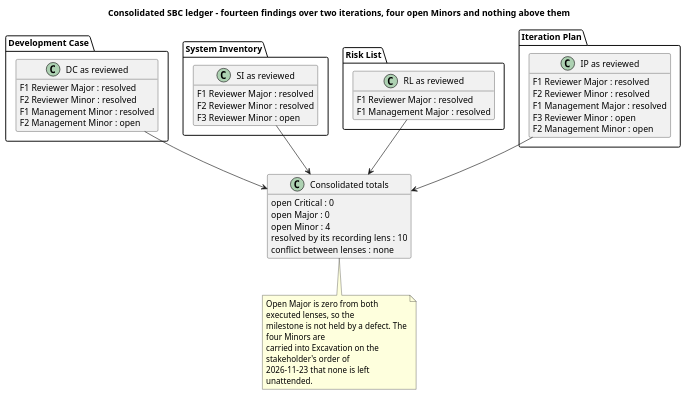
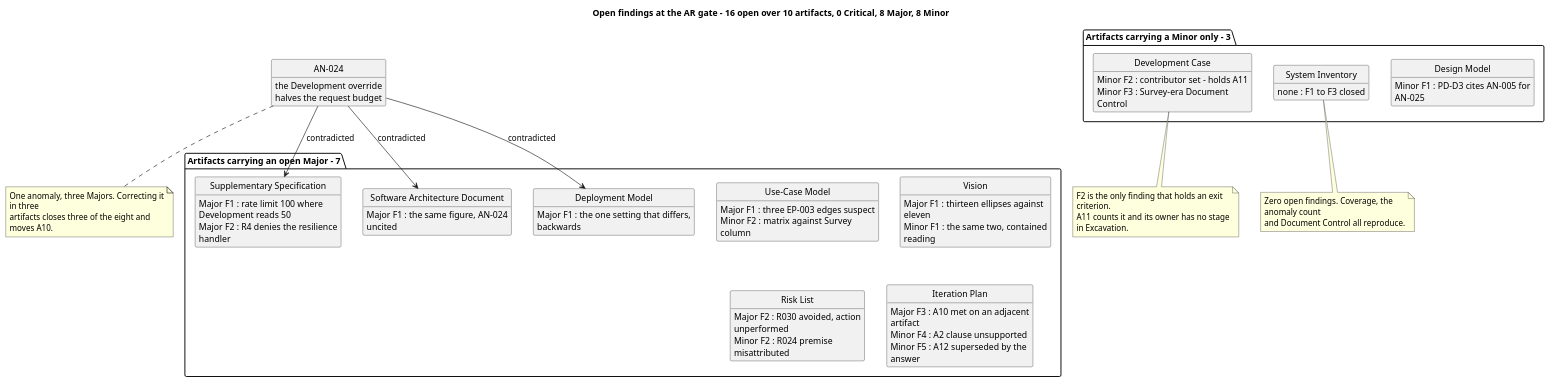
The eighth of 12 diagrams in docs/artifacts/project-management/review-record.md (banense-test/TodoApp), drawn with PlantUML before and after one commit. The commit also changed other lines of this file, not shown here.

Commit message:
Review Coordinator [Excavation1]: upsert Review Record
[skip ci]

````diff
--- a/docs/artifacts/project-management/review-record.md
+++ b/docs/artifacts/project-management/review-record.md
@@ -734,62 +745,76 @@
 ```plantuml
 @startuml
-title Consolidated SBC ledger - fourteen findings over two iterations, four open Minors and nothing above them
+title Open findings at the AR gate - 16 open over 10 artifacts, 0 Critical, 8 Major, 8 Minor
+
 skinparam shadowing false
 skinparam classAttributeIconSize 0
 hide empty members
-skinparam wrapWidth 240
+hide circle
+skinparam wrapWidth 250
 
-package "Development Case" {
-  class "DC as reviewed" as DC {
-    F1 Reviewer Major : resolved
-    F2 Reviewer Minor : resolved
-    F1 Management Minor : resolved
-    F2 Management Minor : open
+package "Artifacts carrying an open Major - 7" {
+  class "Supplementary Specification" as SS {
+    Major F1 : rate limit 100 where Development reads 50
+    Major F2 : R4 denies the resilience handler
+  }
+  class "Software Architecture Document" as SAD {
+    Major F1 : the same figure, AN-024 uncited
+  }
+  class "Deployment Model" as DEP {
+    Major F1 : the one setting that differs, backwards
+  }
+  class "Use-Case Model" as UCM {
+    Major F1 : three EP-003 edges suspect
+    Minor F2 : matrix against Survey column
+  }
+  class "Vision" as VIS {
+    Major F1 : thirteen ellipses against eleven
+    Minor F1 : the same two, contained reading
+  }
+  class "Risk List" as RL {
+    Major F2 : R030 avoided, action unperformed
+    Minor F2 : R024 premise misattributed
+  }
+  class "Iteration Plan" as IP {
+    Major F3 : A10 met on an adjacent artifact
+    Minor F4 : A2 clause unsupported
+    Minor F5 : A12 superseded by the answer
   }
 }
 
-package "System Inventory" {
-  class "SI as reviewed" as SI {
-    F1 Reviewer Major : resolved
-    F2 Reviewer Minor : resolved
-    F3 Reviewer Minor : open
+package "Artifacts carrying a Minor only - 3" {
+  class "Design Model" as DM {
+    Minor F1 : PD-D3 cites AN-005 for AN-025
+  }
+  class "Development Case" as DC {
+    Minor F2 : contributor set - holds A11
+    Minor F3 : Survey-era Document Control
+  }
+  class "System Inventory" as SI {
+    none : F1 to F3 closed
   }
 }
 
-package "Risk List" {
-  class "RL as reviewed" as RL {
-    F1 Reviewer Major : resolved
-    F1 Management Major : resolved
-  }
+class "AN-024" as AN {
+  the Development override
+  halves the request budget
 }
+AN --> SS : contradicted
+AN --> SAD : contradicted
+AN --> DEP : contradicted
 
-package "Iteration Plan" {
-  class "IP as reviewed" as IP {
-    F1 Reviewer Major : resolved
-    F2 Reviewer Minor : resolved
-    F1 Management Major : resolved
-    F3 Reviewer Minor : open
-    F2 Management Minor : open
-  }
-}
+note bottom of AN
+  One anomaly, three Majors. Correcting it in three
+  artifacts closes three of the eight and moves A10.
+end note
+note bottom of DC
+  F2 is the only finding that holds an exit criterion.
+  A11 counts it and its owner has no stage in Excavation.
+end note
+note bottom of SI
+  Zero open findings. Coverage, the anomaly count
+  and Document Control all reproduce.
+end note
 
-class "Consolidated totals" as TOT {
-  open Critical : 0
-  open Major : 0
-  open Minor : 4
-  resolved by its recording lens : 10
-  conflict between lenses : none
-}
-
-DC --> TOT
-SI --> TOT
-RL --> TOT
-IP --> TOT
-note bottom of TOT
-  Open Major is zero from both executed lenses, so the
-  milestone is not held by a defect. The four Minors are
-  carried into Excavation on the stakeholder's order of
-  2026-11-23 that none is left unattended.
-end note
 @enduml
 ```
````
